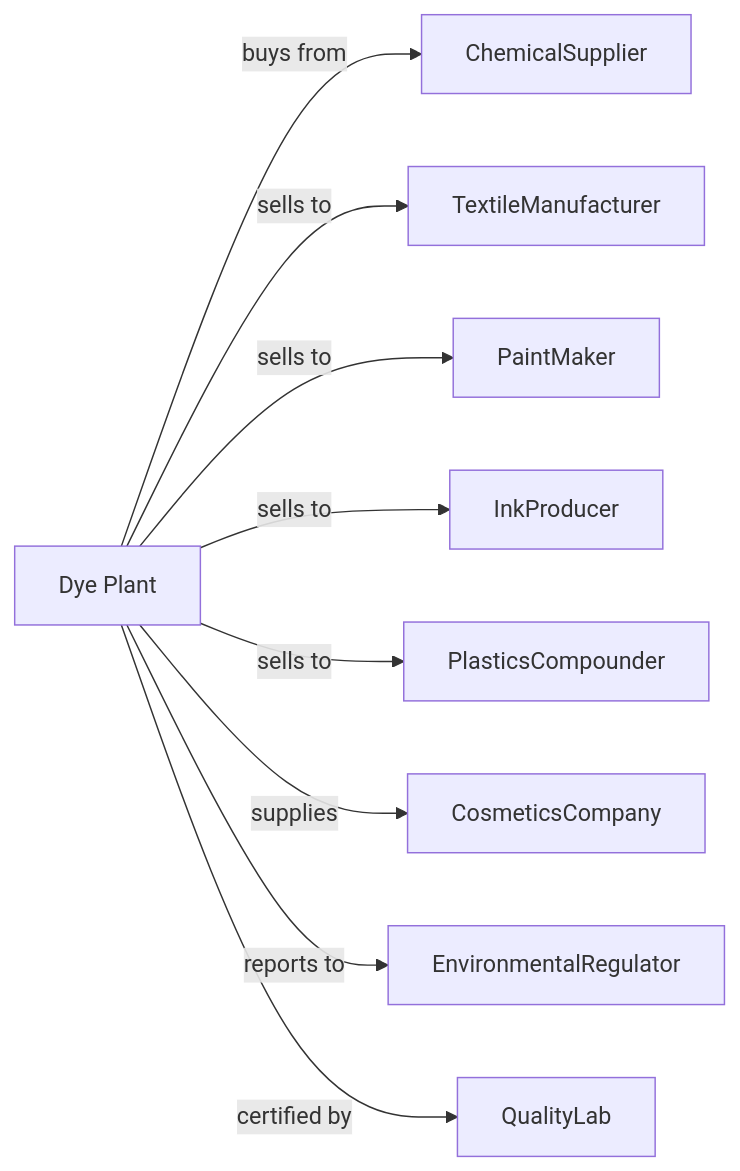
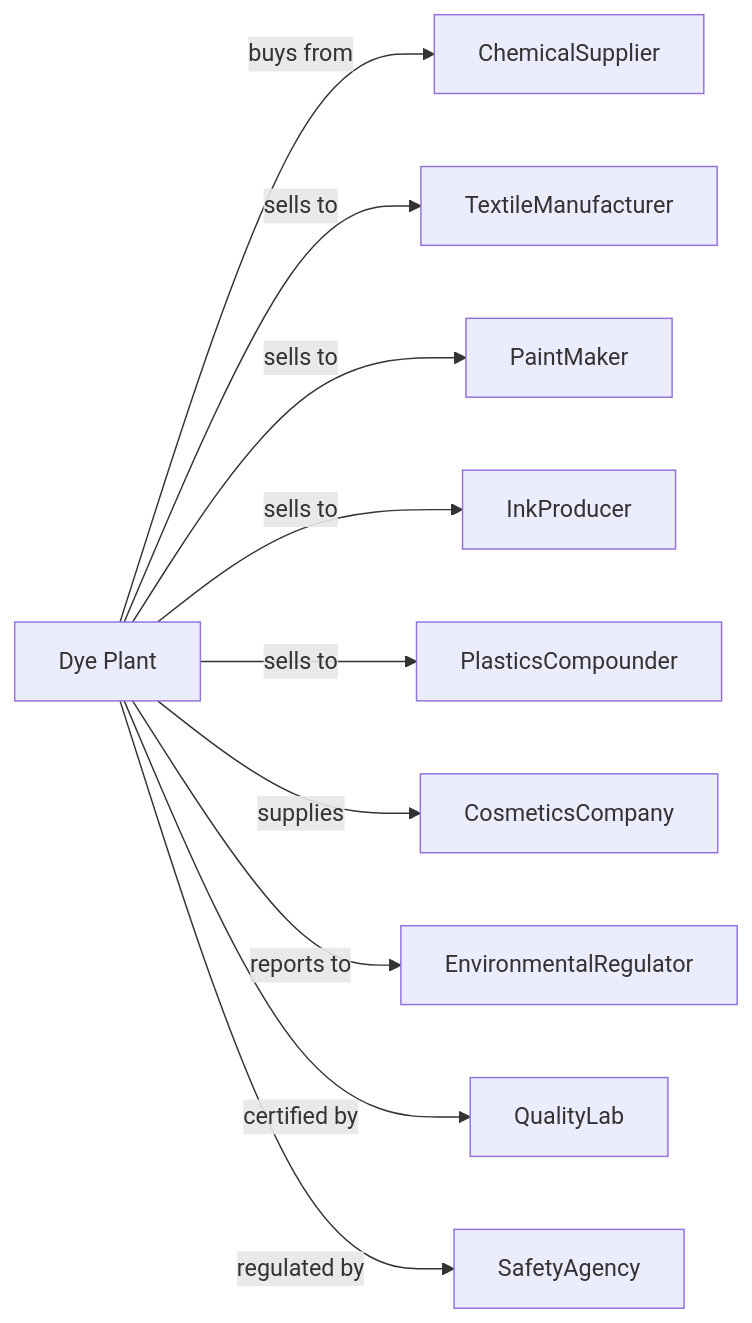
One commit to dot-org-ai/industries.org.ai changed the second of 2 diagrams in Manufacturing/ChemicalManufacturing/BasicChemicalManufacturing/SyntheticDyeAndPigmentManufacturing.mdx. Above: the diagram before and after it, drawn with Mermaid. The commit also changed other lines of this file and 588 other files, not shown here.

````diff
--- a/Manufacturing/ChemicalManufacturing/BasicChemicalManufacturing/SyntheticDyeAndPigmentManufacturing.mdx
+++ b/Manufacturing/ChemicalManufacturing/BasicChemicalManufacturing/SyntheticDyeAndPigmentManufacturing.mdx
@@ -129,13 +129,14 @@
 ```mermaid
 graph LR
     D[Dye Plant]
 
     D -->|buys from| ChemicalSupplier
     D -->|sells to| TextileManufacturer
     D -->|sells to| PaintMaker
     D -->|sells to| InkProducer
     D -->|sells to| PlasticsCompounder
     D -->|supplies| CosmeticsCompany
     D -->|reports to| EnvironmentalRegulator
     D -->|certified by| QualityLab
+    D -->|regulated by| SafetyAgency
 ```
````
